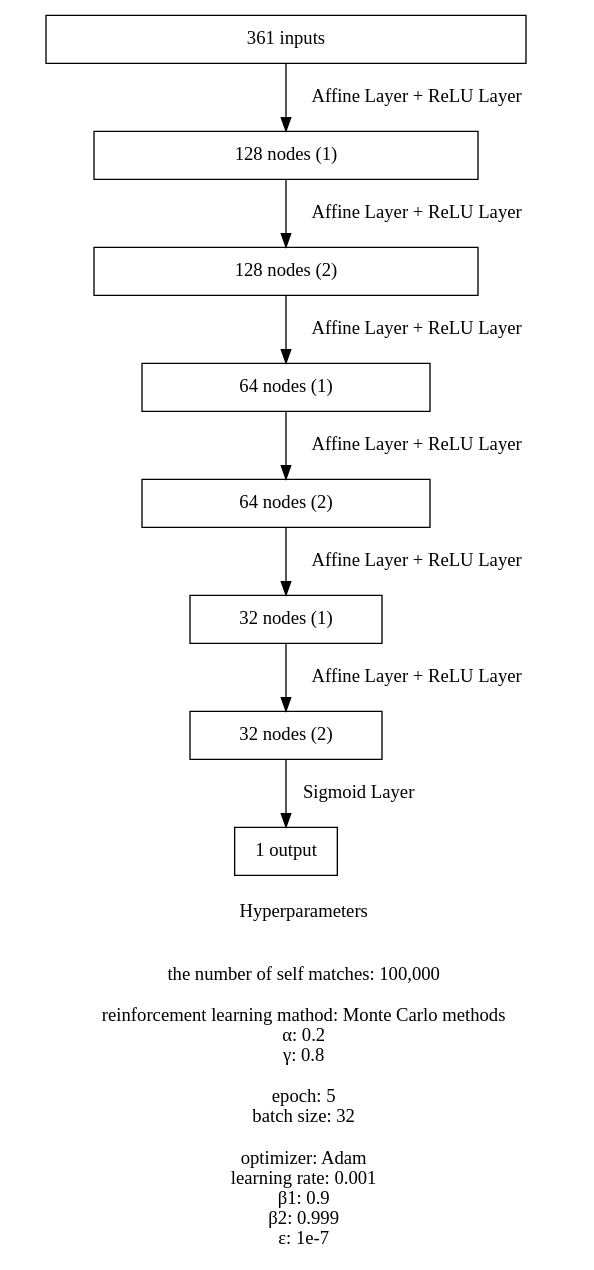
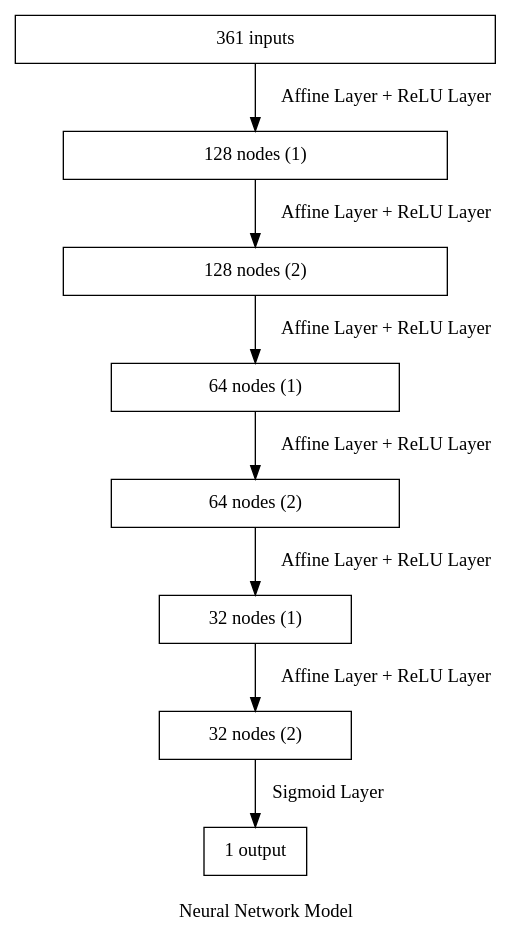
The diagram in neural_network/model.dot (kana-lab/gogoshogi), drawn with Graphviz before and after one commit.

Commit message:
Delete hyperparameters

```diff
--- a/neural_network/model.dot
+++ b/neural_network/model.dot
@@ -1,34 +1,17 @@
 digraph {
     rankdir = UD;
-    label = "
-    Hyperparameters
-
-
-    the number of self matches: 100,000
-
-    reinforcement learning mathod: Monte Carlo methods
-    α: 0.2
-    γ: 0.8
-
-    epoch: 5
-    batch size: 32
-
-    optimizer: Adam
-    learning rate: 0.001
-    β1: 0.9
-    β2: 0.999
-    ε: 1e-7";
+    label = "\nNeural Network Model";
     node [shape = box];
 
     "361 inputs" [width = 5];
     "128 nodes (1)" [width = 4];
     "128 nodes (2)" [width = 4];
     "64 nodes (1)" [width = 3];
     "64 nodes (2)" [width = 3];
     "32 nodes (1)" [width = 2];
     "32 nodes (2)" [width = 2];
     "1 output" [width = 1];
 
     "361 inputs" -> "128 nodes (1)" -> "128 nodes (2)" -> "64 nodes (1)" -> "64 nodes (2)" -> "32 nodes (1)" -> "32 nodes (2)" [label = " Affine Layer + ReLU Layer"];
     "32 nodes (2)" -> "1 output" [label = " Sigmoid Layer"];
 }
```
